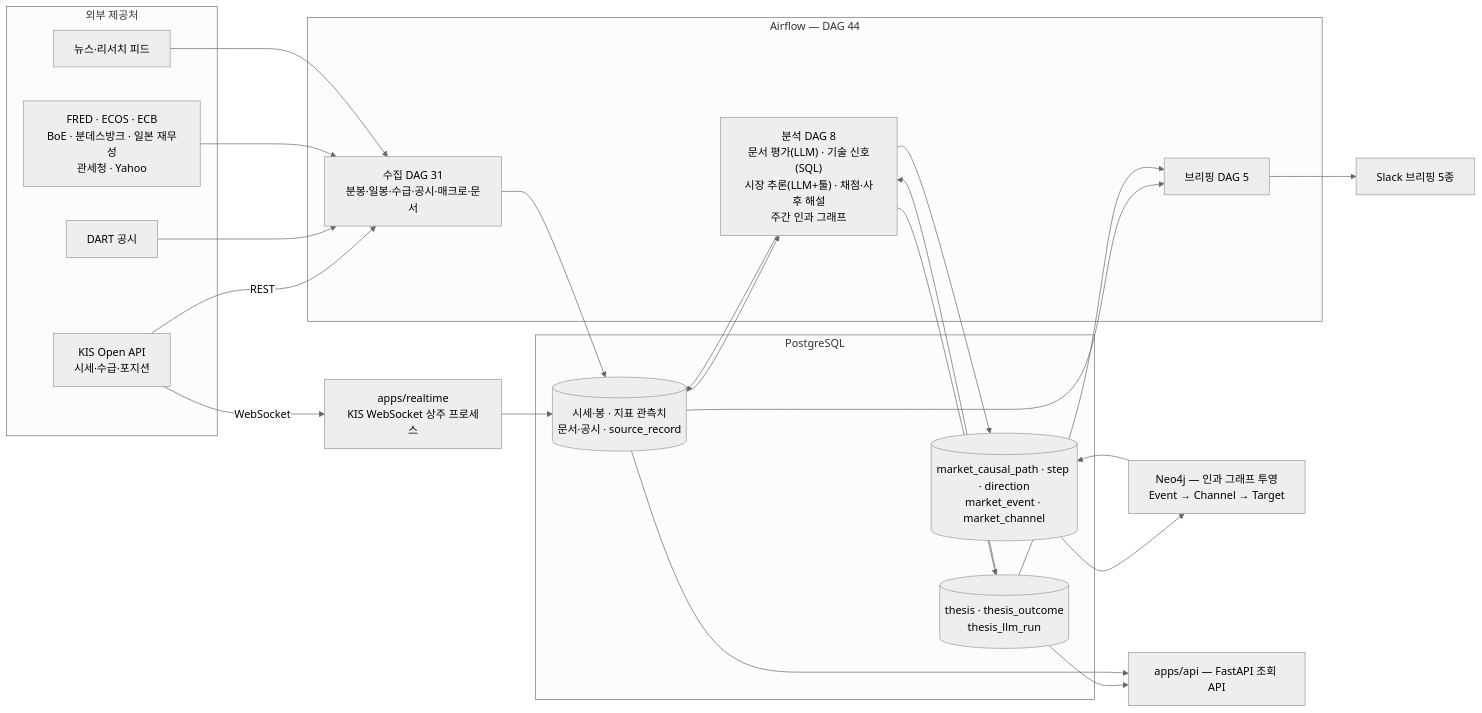
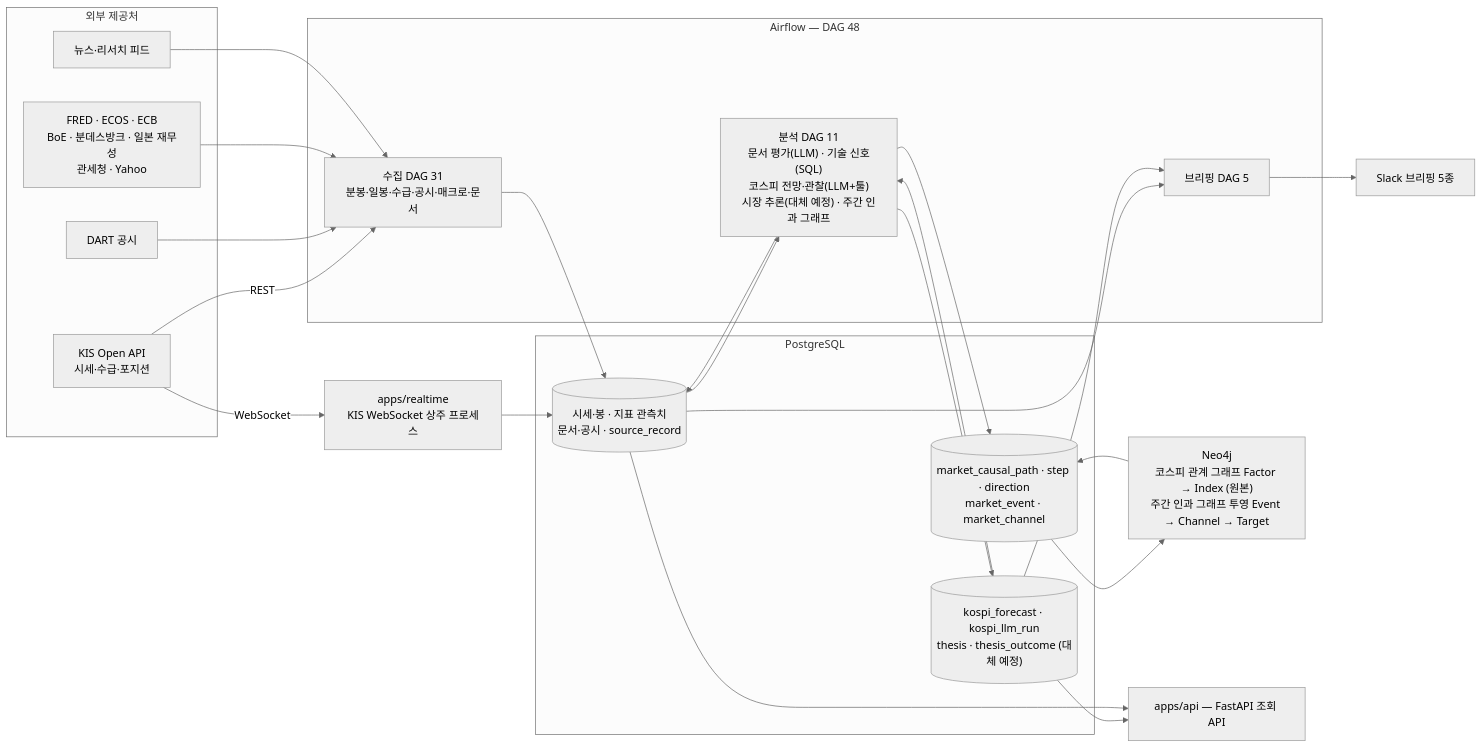
The diagram in README.md (6691a/finance), drawn with Mermaid (neutral theme) before and after one commit. The commit also changed other lines of this file and 51 other files, not shown here.

````diff
--- a/README.md
+++ b/README.md
@@ -29,50 +29,50 @@
 ```mermaid
 flowchart LR
     subgraph EXT["외부 제공처"]
         KIS["KIS Open API<br/>시세·수급·포지션"]
         DART["DART 공시"]
         MACRO["FRED · ECOS · ECB<br/>BoE · 분데스방크 · 일본 재무성<br/>관세청 · Yahoo"]
         FEED["뉴스·리서치 피드"]
     end
 
-    subgraph AF["Airflow — DAG 44"]
+    subgraph AF["Airflow — DAG 48"]
         COL["수집 DAG 31<br/>분봉·일봉·수급·공시·매크로·문서"]
-        ANA["분석 DAG 8<br/>문서 평가(LLM) · 기술 신호(SQL)<br/>시장 추론(LLM+툴) · 채점·사후 해설<br/>주간 인과 그래프"]
+        ANA["분석 DAG 11<br/>문서 평가(LLM) · 기술 신호(SQL)<br/>코스피 전망·관찰(LLM+툴)<br/>시장 추론(대체 예정) · 주간 인과 그래프"]
         BRF["브리핑 DAG 5"]
     end
 
     RT["apps/realtime<br/>KIS WebSocket 상주 프로세스"]
 
     subgraph DB["PostgreSQL"]
         FACT[("시세·봉 · 지표 관측치<br/>문서·공시 · source_record")]
-        THESIS[("thesis · thesis_outcome<br/>thesis_llm_run")]
+        THESIS[("kospi_forecast · kospi_llm_run<br/>thesis · thesis_outcome (대체 예정)")]
         CAUSAL[("market_causal_path · step · direction<br/>market_event · market_channel")]
     end
 
-    GRAPH["Neo4j — 인과 그래프 투영<br/>Event → Channel → Target"]
+    GRAPH["Neo4j<br/>코스피 관계 그래프 Factor → Index (원본)<br/>주간 인과 그래프 투영 Event → Channel → Target"]
 
     SLACK["Slack 브리핑 5종"]
     API["apps/api — FastAPI 조회 API"]
 
     KIS -->|REST| COL
     DART --> COL
     MACRO --> COL
     FEED --> COL
     KIS -->|WebSocket| RT
 
     COL --> FACT
     RT --> FACT
     FACT --> ANA
     ANA --> FACT
     ANA --> THESIS
     THESIS --> ANA
     ANA --> CAUSAL
     CAUSAL --> GRAPH
     GRAPH --> CAUSAL
 
     FACT --> BRF
     THESIS --> BRF
     BRF --> SLACK
     THESIS --> API
     FACT --> API
 ```
````
